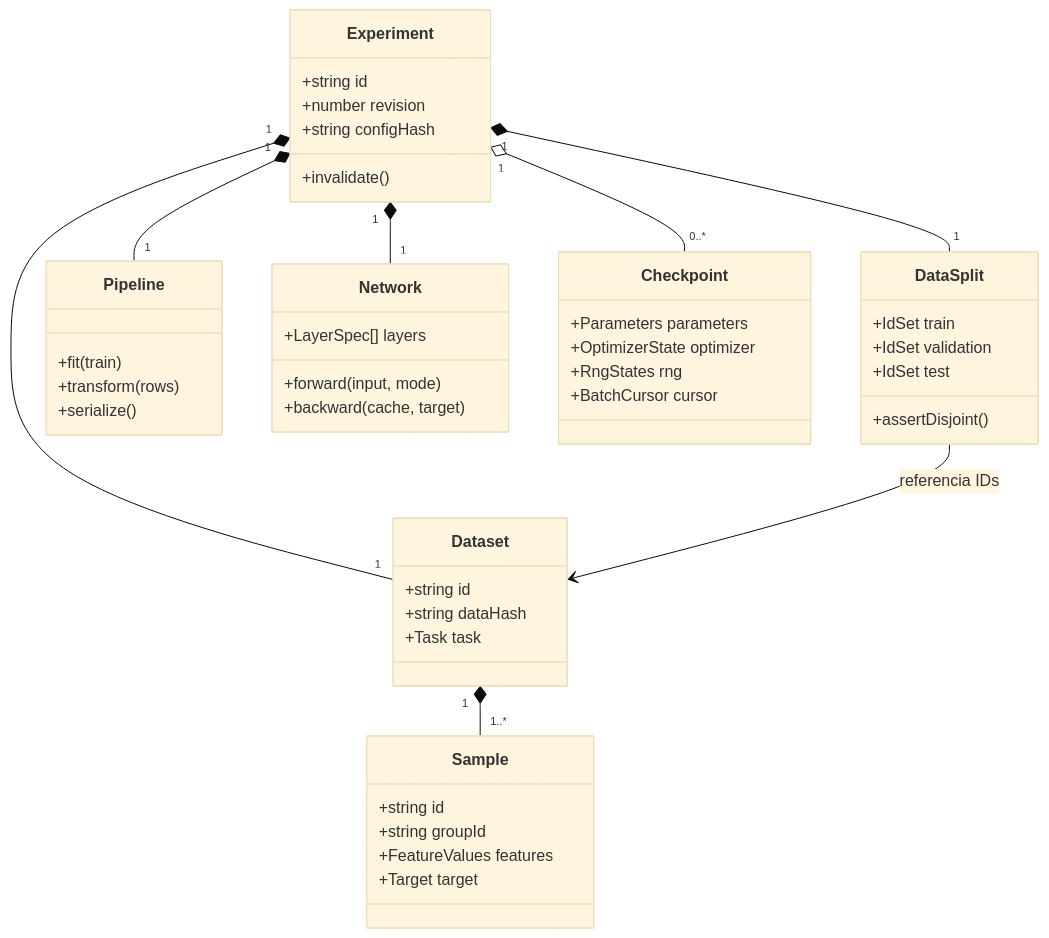
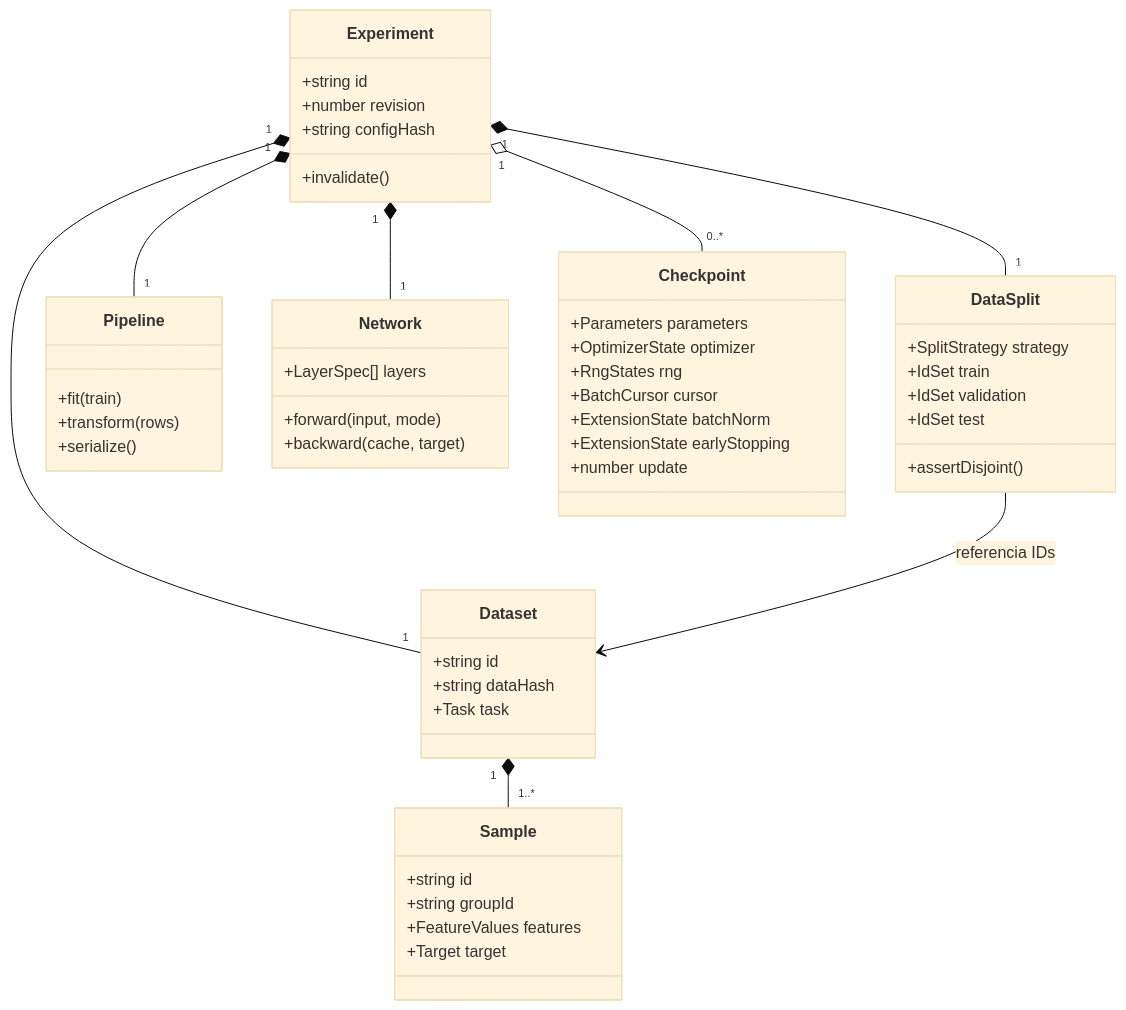
The diagram in docs/diagrams/03-clases-dominio.mmd (franmatias/neural-atlas), drawn with Mermaid (base theme) before and after one commit. The commit also changed 65 other files, not shown here.

Commit message:
docs: validate revised design diagrams and GitHub publication target

```diff
--- a/docs/diagrams/03-clases-dominio.mmd
+++ b/docs/diagrams/03-clases-dominio.mmd
@@ -1,47 +1,51 @@
 classDiagram
   class Experiment {
     +string id
     +number revision
     +string configHash
     +invalidate()
   }
   class Dataset {
     +string id
     +string dataHash
     +Task task
   }
   class Sample {
     +string id
     +string groupId
     +FeatureValues features
     +Target target
   }
   class DataSplit {
+    +SplitStrategy strategy
     +IdSet train
     +IdSet validation
     +IdSet test
     +assertDisjoint()
   }
   class Pipeline {
     +fit(train)
     +transform(rows)
     +serialize()
   }
   class Network {
     +LayerSpec[] layers
     +forward(input, mode)
     +backward(cache, target)
   }
   class Checkpoint {
     +Parameters parameters
     +OptimizerState optimizer
     +RngStates rng
     +BatchCursor cursor
+    +ExtensionState batchNorm
+    +ExtensionState earlyStopping
+    +number update
   }
   Experiment "1" *-- "1" Dataset
   Dataset "1" *-- "1..*" Sample
   Experiment "1" *-- "1" DataSplit
   DataSplit --> Dataset : referencia IDs
   Experiment "1" *-- "1" Pipeline
   Experiment "1" *-- "1" Network
   Experiment "1" o-- "0..*" Checkpoint
```
